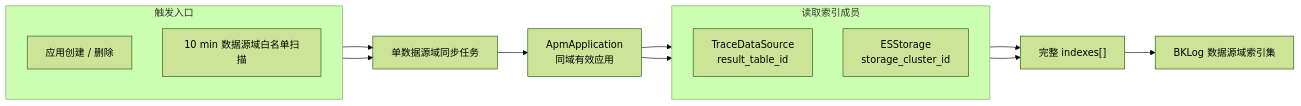
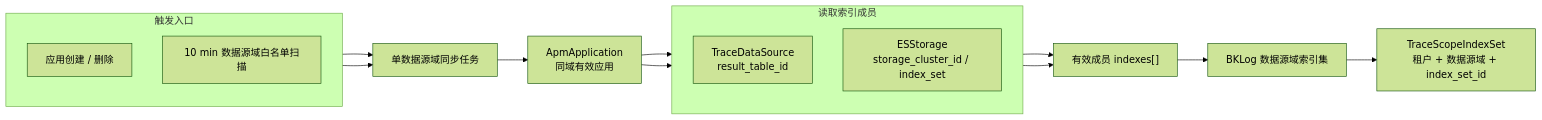
One commit to ZhuoZhuoCrayon/ai-workspace changed the first of 2 diagrams in knowledge/bkmonitor/issues/2026-07-31-apm-cross-app-trace-search/PLAN.md. Above: the diagram before and after it, drawn with Mermaid (forest theme). The commit also changed other lines of this file, not shown here.

Commit message:
docs(issue): align cross-app trace plan with review

````diff
--- a/knowledge/bkmonitor/issues/2026-07-31-apm-cross-app-trace-search/PLAN.md
+++ b/knowledge/bkmonitor/issues/2026-07-31-apm-cross-app-trace-search/PLAN.md
@@ -24,24 +24,25 @@
 ```mermaid
 flowchart LR
     subgraph Triggers["触发入口"]
         direction TB
         AppEvent["应用创建 / 删除"]
         Beat["10 min 数据源域白名单扫描"]
     end
 
     AppEvent --> Sync["单数据源域同步任务"]
     Beat --> Sync
     Sync --> Apps["ApmApplication<br />同域有效应用"]
 
     subgraph MemberFields["读取索引成员"]
         direction TB
         TraceSource["TraceDataSource<br />result_table_id"]
-        Storage["ESStorage<br />storage_cluster_id"]
+        Storage["ESStorage<br />storage_cluster_id / index_set"]
     end
 
     Apps --> TraceSource
     Apps --> Storage
-    TraceSource --> Snapshot["完整 indexes[]"]
+    TraceSource --> Snapshot["有效成员 indexes[]"]
     Storage --> Snapshot
     Snapshot --> IndexSet["BKLog 数据源域索引集"]
+    IndexSet --> Mapping["TraceScopeIndexSet<br />租户 + 数据源域 + index_set_id"]
 ```
````
